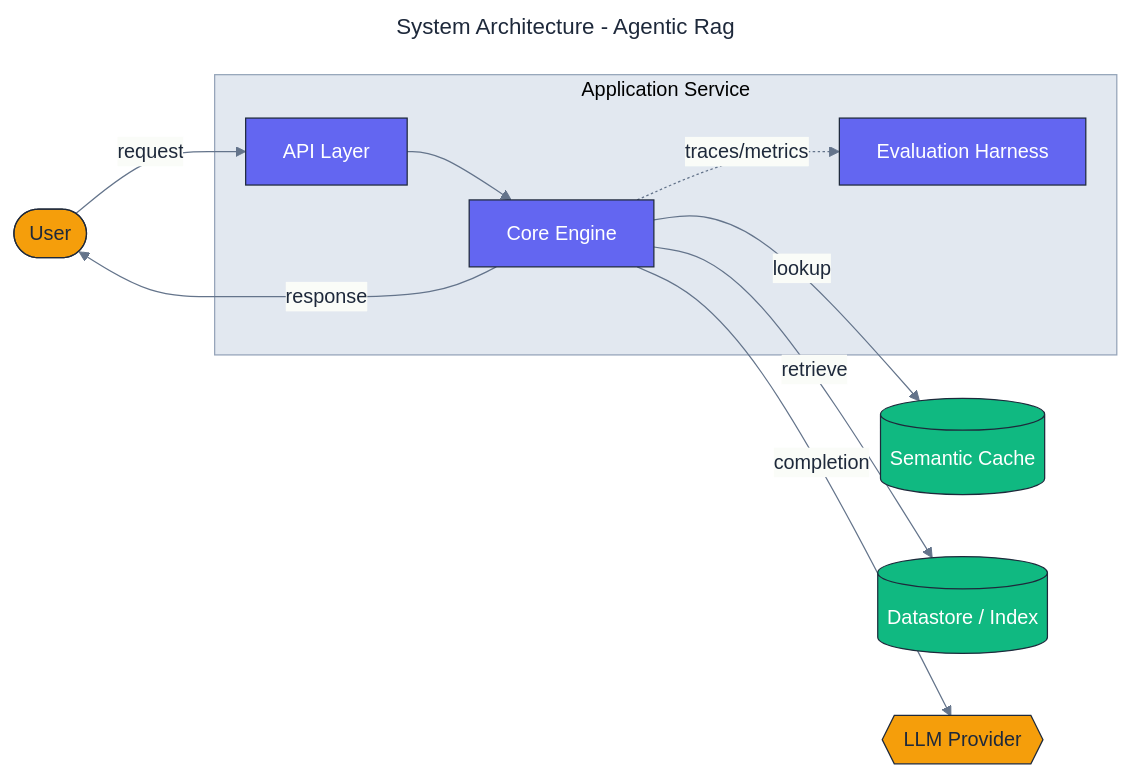
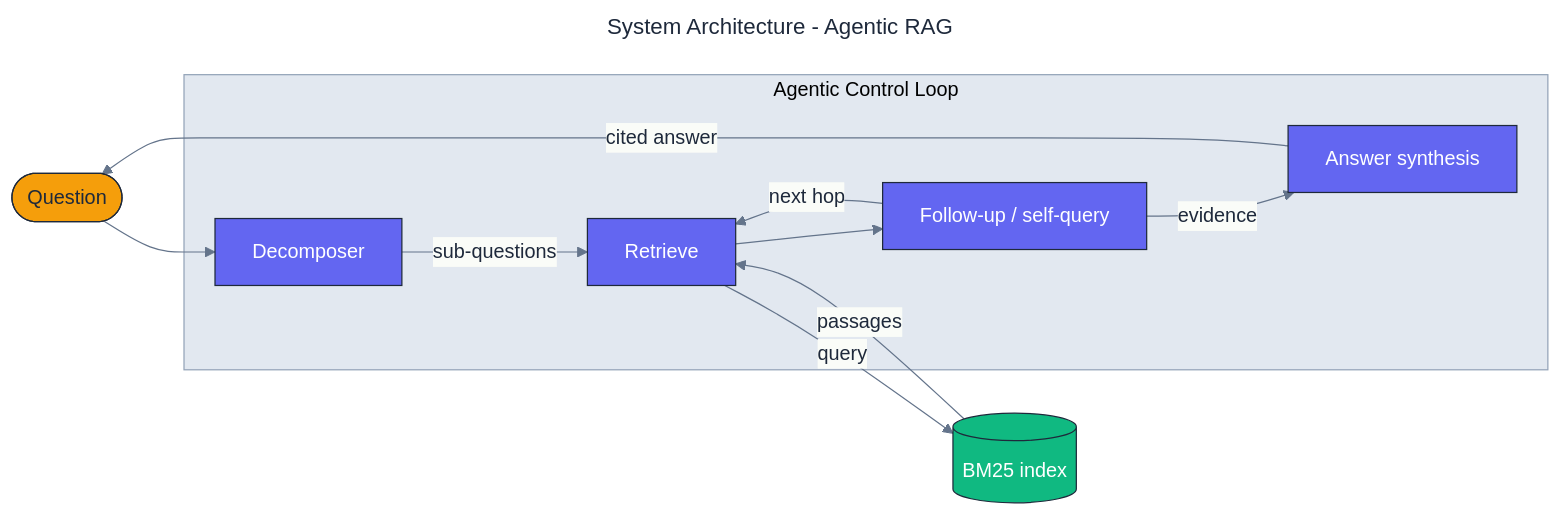
One commit to adeoluo/agentic-rag changed the diagram in docs/architecture/architecture.mmd. Above: the diagram before and after it, drawn with Mermaid. The commit also changed 9 other files, not shown here.

First line of the commit message:
docs: write README, architecture diagram, and responsible-AI cards

```diff
--- a/docs/architecture/architecture.mmd
+++ b/docs/architecture/architecture.mmd
@@ -1,38 +1,37 @@
 ---
-title: System Architecture - Agentic Rag
+title: System Architecture - Agentic RAG
 config:
   theme: base
   themeVariables:
     fontFamily: "Inter, system-ui, sans-serif"
     primaryColor: "#F8FAFC"
     primaryBorderColor: "#1E293B"
     primaryTextColor: "#1E293B"
     lineColor: "#64748B"
     clusterBkg: "#E2E8F0"
     clusterBorder: "#94A3B8"
 ---
 flowchart LR
     classDef core     fill:#6366F1,stroke:#1E293B,color:#ffffff,stroke-width:1px;
     classDef data     fill:#10B981,stroke:#1E293B,color:#ffffff,stroke-width:1px;
     classDef external fill:#F59E0B,stroke:#1E293B,color:#1E293B,stroke-width:1px;
-    classDef danger   fill:#EF4444,stroke:#1E293B,color:#ffffff,stroke-width:1px;
 
-    User([User]):::external
+    Question([Question]):::external
 
-    subgraph Application["Application Service"]
-        API[API Layer]:::core
-        Core[Core Engine]:::core
-        Evaluation[Evaluation Harness]:::core
+    subgraph Agent["Agentic Control Loop"]
+        Decompose[Decomposer]:::core
+        Retrieve[Retrieve]:::core
+        FollowUp[Follow-up / self-query]:::core
+        Synthesize[Answer synthesis]:::core
     end
 
-    Cache[(Semantic Cache)]:::data
-    Store[(Datastore / Index)]:::data
-    LLM{{LLM Provider}}:::external
+    Index[(BM25 index)]:::data
 
-    User -->|request| API
-    API --> Core
-    Core -->|lookup| Cache
-    Core -->|retrieve| Store
-    Core -->|completion| LLM
-    Core -.->|traces/metrics| Evaluation
-    Core -->|response| User
+    Question --> Decompose
+    Decompose -->|sub-questions| Retrieve
+    Retrieve -->|query| Index
+    Index -->|passages| Retrieve
+    Retrieve --> FollowUp
+    FollowUp -->|next hop| Retrieve
+    FollowUp -->|evidence| Synthesize
+    Synthesize -->|cited answer| Question
```
